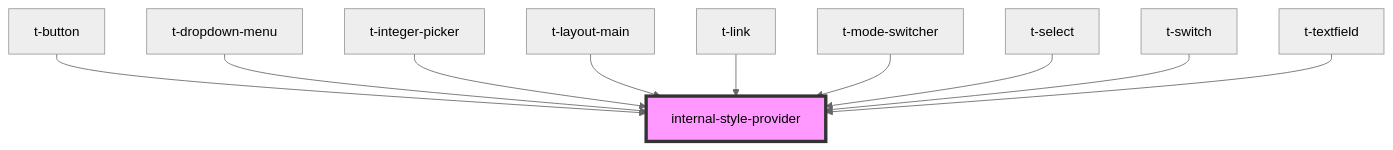
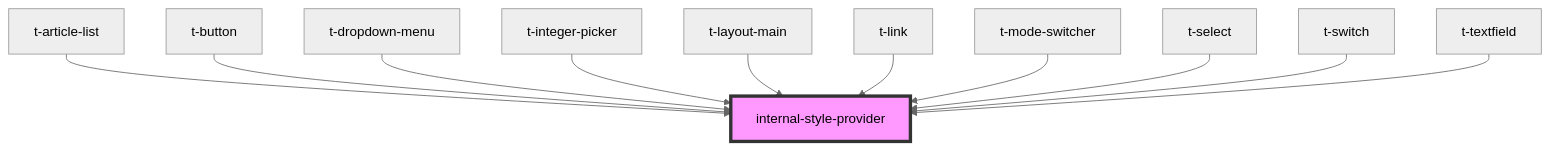
Before and after one commit to TomasEng/web-components: the diagram in packages/stencil/src/components/internal-style-provider/readme.md, drawn with Mermaid (neutral theme). The commit also changed other lines of this file and 13 other files, not shown here.

````diff
--- a/packages/stencil/src/components/internal-style-provider/readme.md
+++ b/packages/stencil/src/components/internal-style-provider/readme.md
@@ -30,13 +31,14 @@
 ```mermaid
 graph TD;
+  t-article-list --> internal-style-provider
   t-button --> internal-style-provider
   t-dropdown-menu --> internal-style-provider
   t-integer-picker --> internal-style-provider
   t-layout-main --> internal-style-provider
   t-link --> internal-style-provider
   t-mode-switcher --> internal-style-provider
   t-select --> internal-style-provider
   t-switch --> internal-style-provider
   t-textfield --> internal-style-provider
   style internal-style-provider fill:#f9f,stroke:#333,stroke-width:4px
 ```
````
